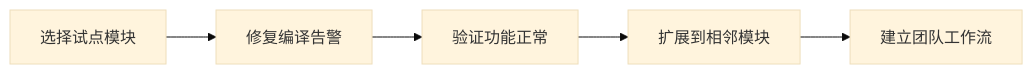
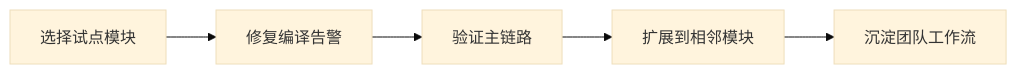
One commit to vureact-js/docs changed the second of 2 diagrams in packages/compiler/docs/guide/philosophy.md. Above: the diagram before and after it, drawn with Mermaid (base theme). The commit also changed other lines of this file and 1 other file, not shown here.

````diff
--- a/packages/compiler/docs/guide/philosophy.md
+++ b/packages/compiler/docs/guide/philosophy.md
@@ -64,7 +151,7 @@
 ```mermaid
 graph LR
     A[选择试点模块] --> B[修复编译告警]
-    B --> C[验证功能正常]
+    B --> C[验证主链路]
     C --> D[扩展到相邻模块]
-    D --> E[建立团队工作流]
+    D --> E[沉淀团队工作流]
 ```
````
